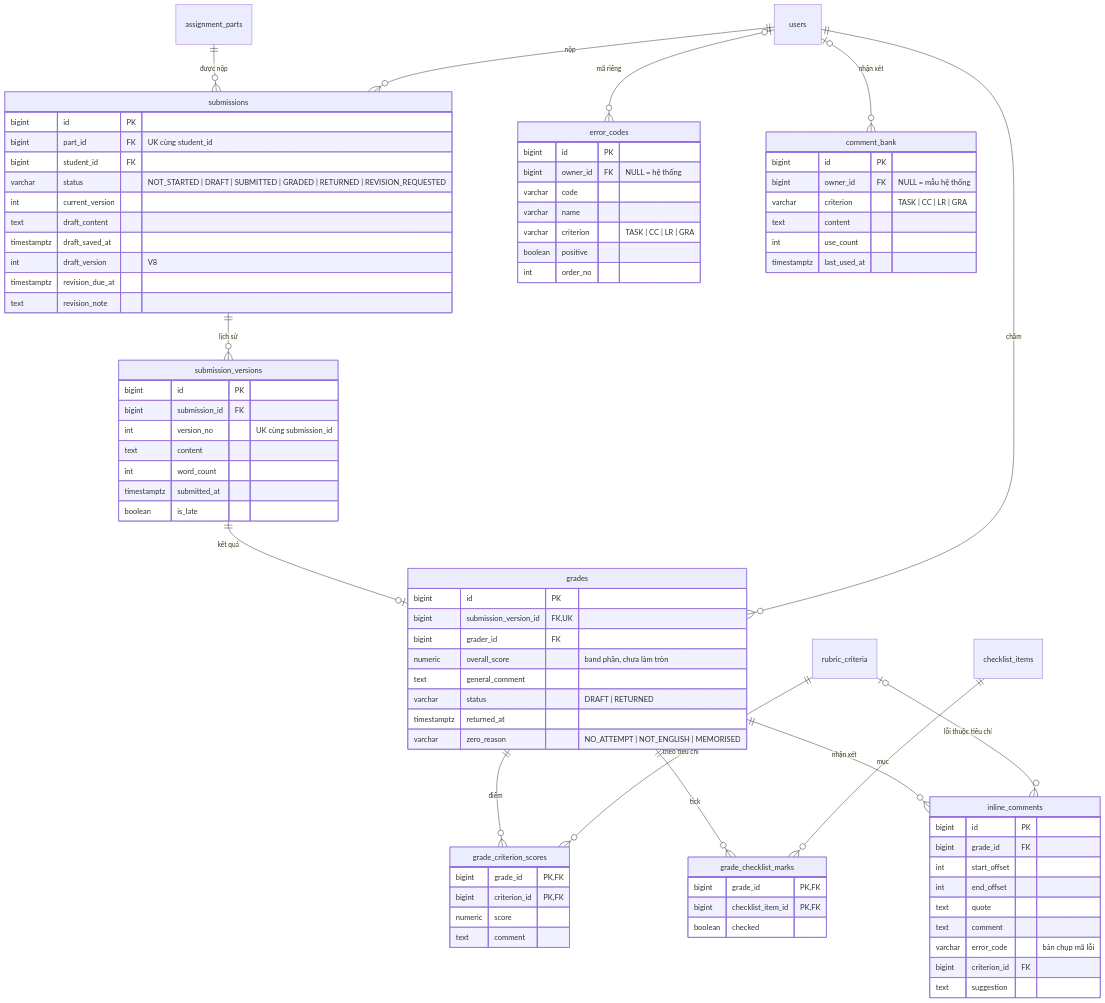
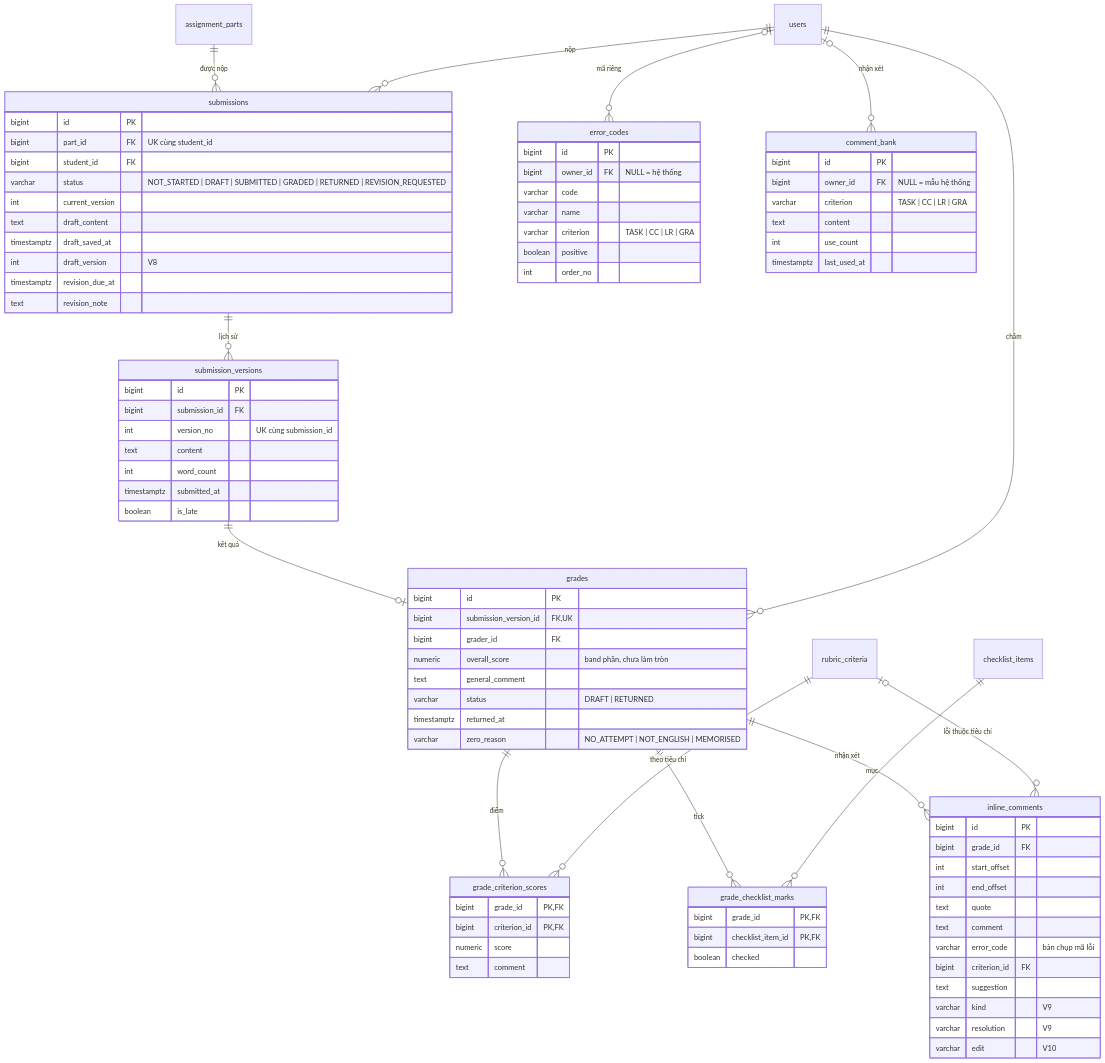
Before and after one commit to duckkthoi/ielts-system: the third of 5 diagrams in docs/04-erd.md, drawn with Mermaid. The commit also changed other lines of this file and 88 other files, not shown here.

```diff
--- a/docs/04-erd.md
+++ b/docs/04-erd.md
@@ -239,6 +241,9 @@
         varchar error_code "bản chụp mã lỗi"
         bigint criterion_id FK
         text suggestion
+        varchar kind "V9"
+        varchar resolution "V9"
+        varchar edit "V10"
     }
     users |o--o{ error_codes : "mã riêng"
     users |o--o{ comment_bank : "nhận xét"
```
